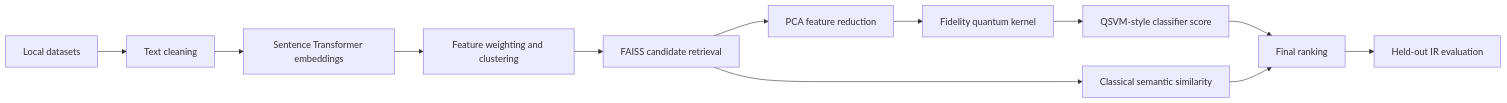
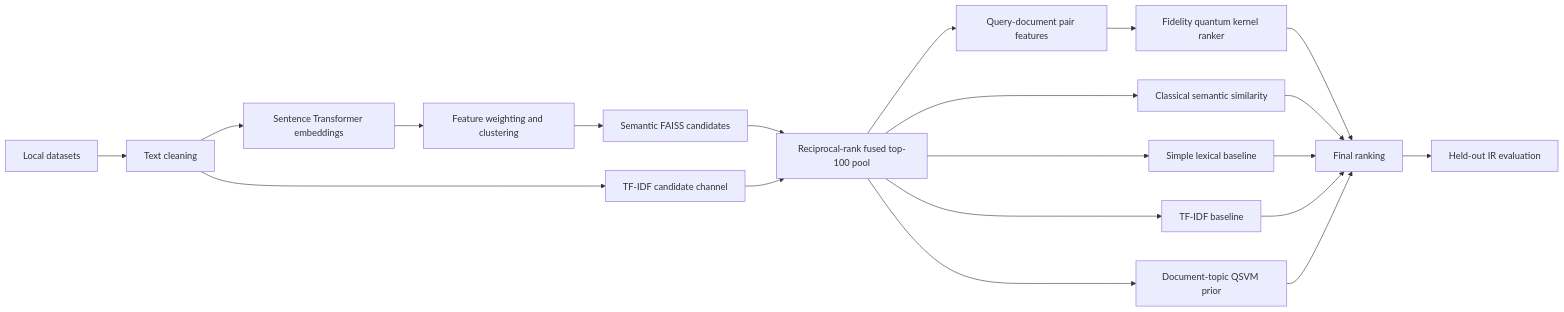
The diagram in README.md (gunargrithvick/quantum-assisted-semantic-information-retrieval-for-ranking-and-evaluation), drawn with Mermaid before and after one commit. The commit also changed other lines of this file and 15 other files, not shown here.

Commit message:
Finalize quantum-assisted semantic information retrieval system

````diff
--- a/README.md
+++ b/README.md
@@ -26,14 +31,22 @@
 ```mermaid
 flowchart LR
     A[Local datasets] --> B[Text cleaning]
     B --> C[Sentence Transformer embeddings]
     C --> D[Feature weighting and clustering]
-    D --> E[FAISS candidate retrieval]
-    E --> F[PCA feature reduction]
-    F --> G[Fidelity quantum kernel]
-    G --> H[QSVM-style classifier score]
-    E --> I[Classical semantic similarity]
+    D --> E[Semantic FAISS candidates]
+    B --> N[TF-IDF candidate channel]
+    E --> F[Reciprocal-rank fused top-100 pool]
+    N --> F
+    F --> G[Query-document pair features]
+    G --> H[Fidelity quantum kernel ranker]
+    F --> I[Classical semantic similarity]
+    F --> L[Simple lexical baseline]
+    F --> O[TF-IDF baseline]
     H --> J[Final ranking]
     I --> J
+    L --> J
+    O --> J
+    F --> M[Document-topic QSVM prior]
+    M --> J
     J --> K[Held-out IR evaluation]
 ```
````
